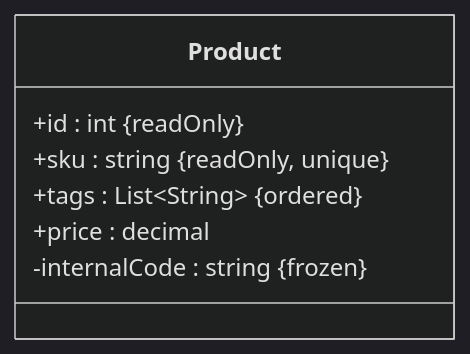
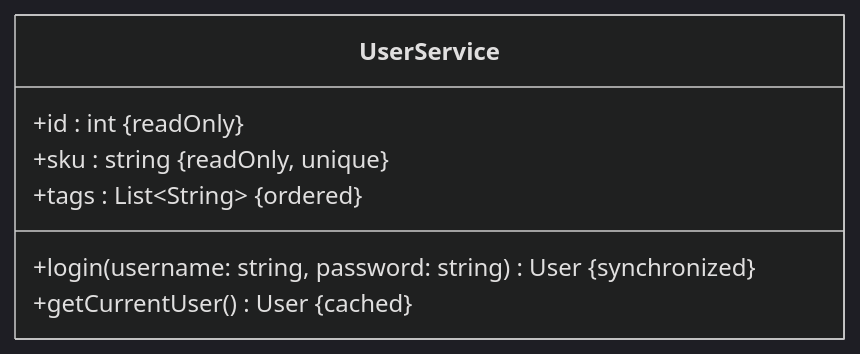
Before and after one commit to kbjorklid/claude-doctools-marketplace: diagram 16 of 22 in plugins/mermaid-diagrams/skills/mermaid/ADVANCED_CLASS_DIAGRAMS.md, drawn with Mermaid (dark theme). The commit also changed other lines of this file and 7 other files, not shown here.

First line of the commit message:
feat: muted colors, refine uml constraints

````diff
--- a/plugins/mermaid-diagrams/skills/mermaid/ADVANCED_CLASS_DIAGRAMS.md
+++ b/plugins/mermaid-diagrams/skills/mermaid/ADVANCED_CLASS_DIAGRAMS.md
@@ -299,10 +299,10 @@
 ```mermaid
 classDiagram
-class Product {
+class UserService {
     +id : int #123;readOnly#125;
     +sku : string #123;readOnly, unique#125;
     +tags : List~String~ #123;ordered#125;
-    +price : decimal
-    -internalCode : string #123;frozen#125;
+    +login(username: string, password: string) User #123;synchronized#125;
+    +getCurrentUser() User #123;cached#125;
 }
 ```
````
